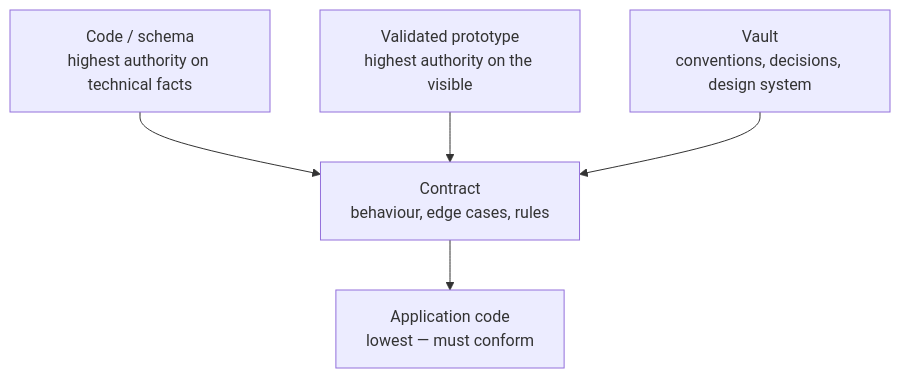
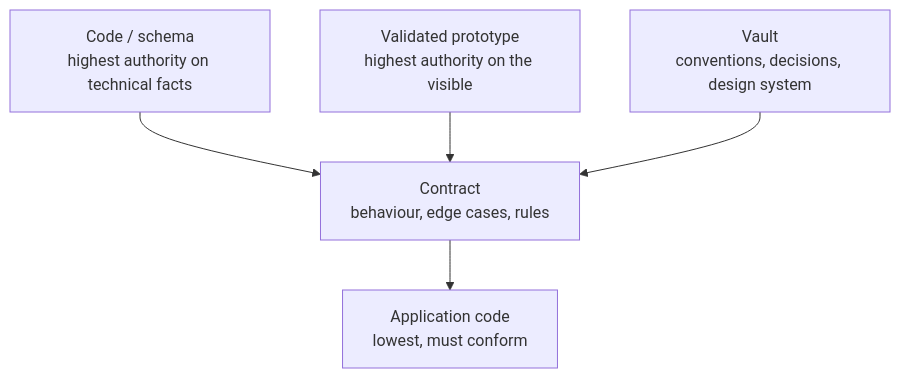
One commit to gabrielchinarro-pro/mainstay changed the second of 3 diagrams in docs/fr/core/02-vault-and-sources-of-truth.md. Above: the diagram before and after it, drawn with Mermaid. The commit also changed other lines of this file and 86 other files, not shown here.

````diff
--- a/docs/fr/core/02-vault-and-sources-of-truth.md
+++ b/docs/fr/core/02-vault-and-sources-of-truth.md
@@ -76,12 +76,12 @@
 ```mermaid
 flowchart TD
     CODE["Code / schema\nhighest authority on technical facts"]
     PROTO["Validated prototype\nhighest authority on the visible"]
     CONTRACT["Contract\nbehaviour, edge cases, rules"]
     VAULT["Vault\nconventions, decisions, design system"]
-    APPCODE["Application code\nlowest — must conform"]
+    APPCODE["Application code\nlowest, must conform"]
     CODE --> CONTRACT
     PROTO --> CONTRACT
     VAULT --> CONTRACT
     CONTRACT --> APPCODE
 ```
````
